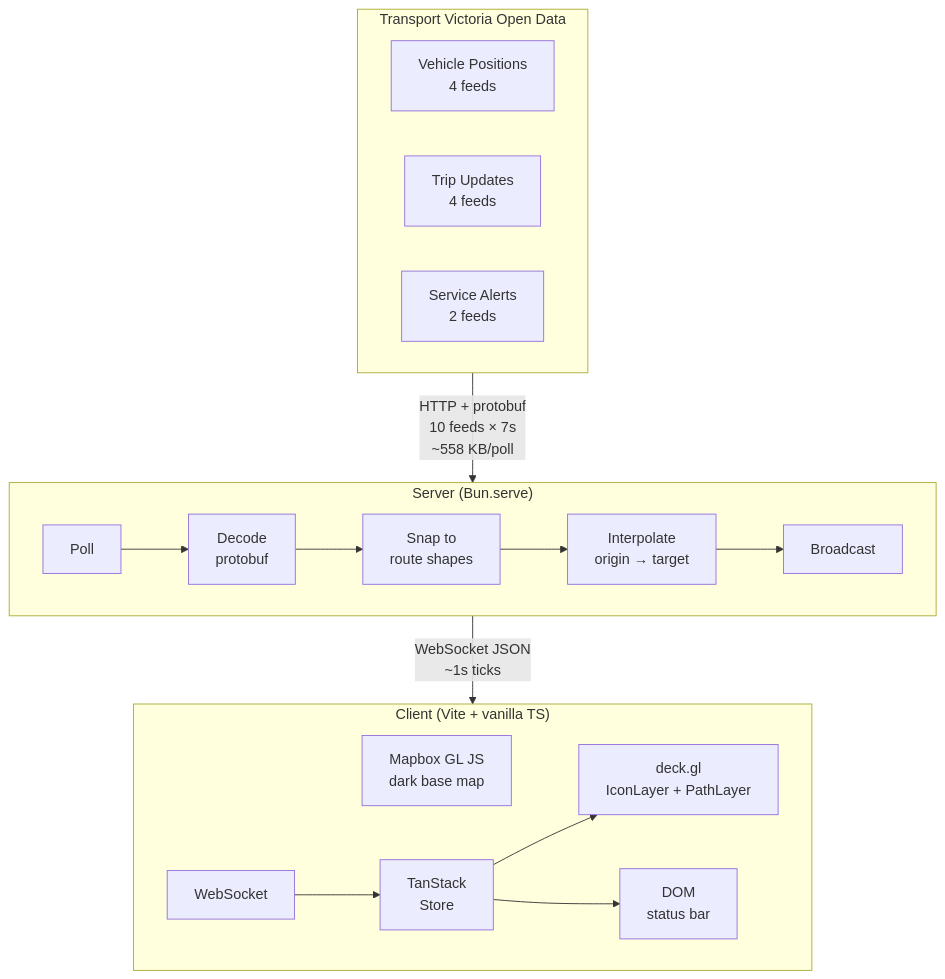
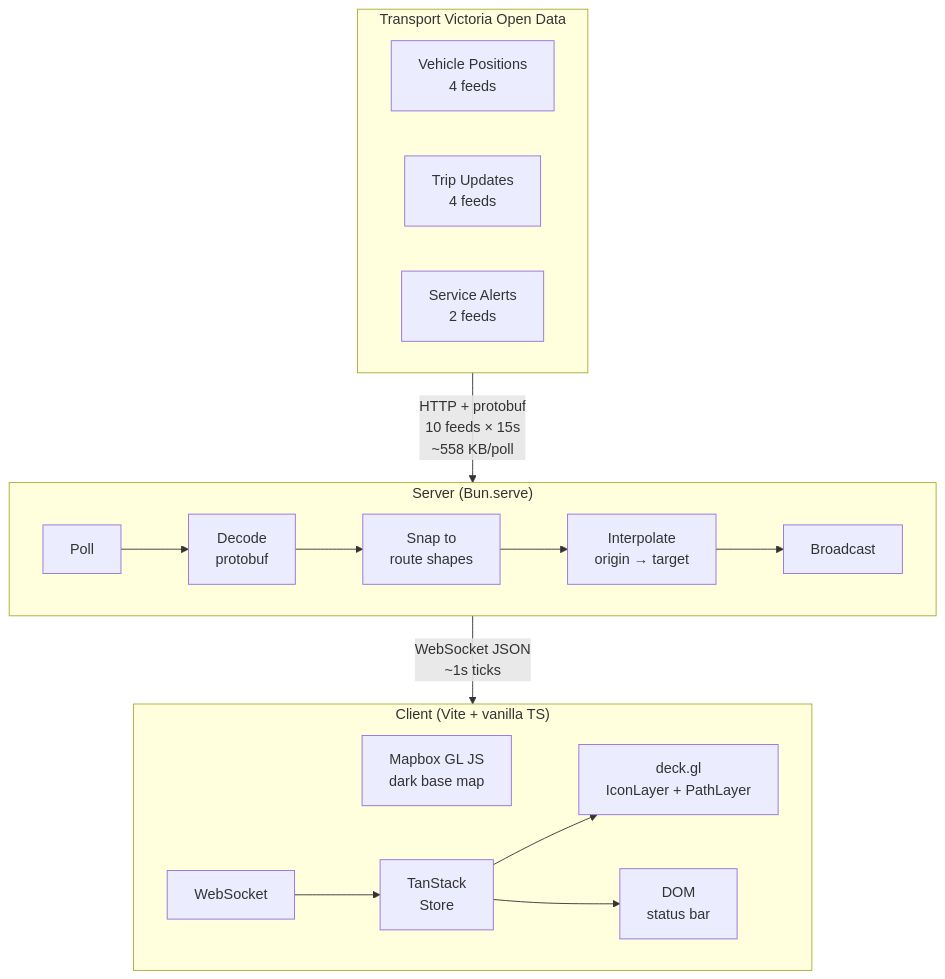
One commit to tensorfish/mykimap-live changed the diagram in docs/architecture.md. Above: the diagram before and after it, drawn with Mermaid. The commit also changed other lines of this file and 15 other files, not shown here.

````diff
--- a/docs/architecture.md
+++ b/docs/architecture.md
@@ -5,28 +5,28 @@
 ```mermaid
 flowchart TB
     subgraph GTFS["Transport Victoria Open Data"]
         direction LR
         VP["Vehicle Positions\n4 feeds"]
         TU["Trip Updates\n4 feeds"]
         SA["Service Alerts\n2 feeds"]
     end
 
     subgraph SERVER["Server (Bun.serve)"]
         direction LR
         POLL[Poll] --> DECODE[Decode\nprotobuf]
         DECODE --> SNAP[Snap to\nroute shapes]
         SNAP --> INTERP[Interpolate\norigin → target]
         INTERP --> BCAST[Broadcast]
     end
 
     subgraph CLIENT["Client (Vite + vanilla TS)"]
         direction LR
         WS[WebSocket] --> STORE[TanStack\nStore]
         STORE --> DECK["deck.gl\nIconLayer + PathLayer"]
         STORE --> UI[DOM\nstatus bar]
         MAPBOX[Mapbox GL JS\ndark base map] ~~~ DECK
     end
 
-    GTFS -- "HTTP + protobuf\n10 feeds × 7s\n~558 KB/poll" --> SERVER
+    GTFS -- "HTTP + protobuf\n10 feeds × 15s\n~558 KB/poll" --> SERVER
     SERVER -- "WebSocket JSON\n~1s ticks" --> CLIENT
 ```
````
